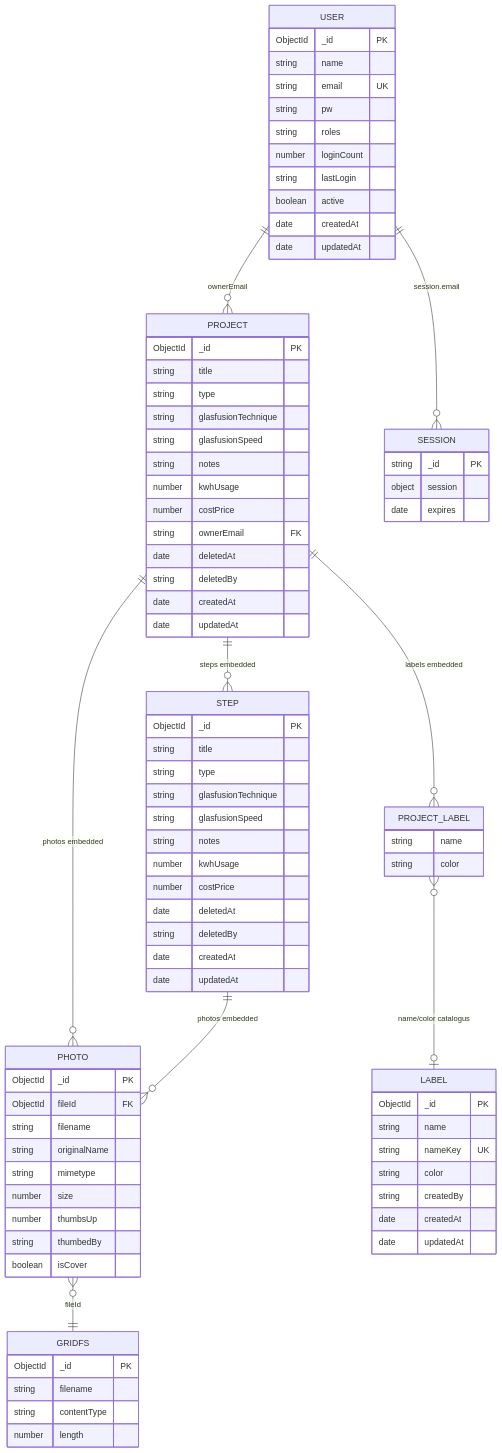
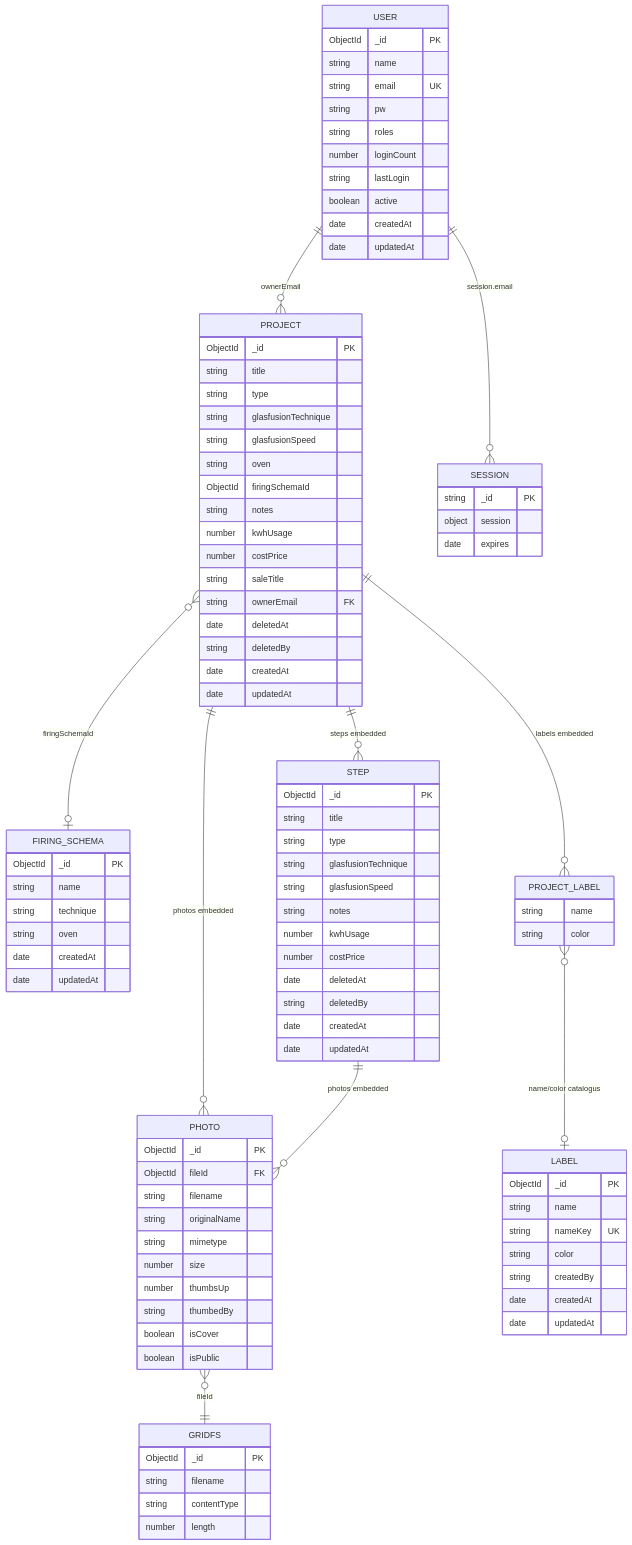
One commit to johnverberne/projects-captainjohn changed the diagram in docs/DATABASE.md. Above: the diagram before and after it, drawn with Mermaid. The commit also changed other lines of this file and 27 other files, not shown here.

Commit message:
Keep atelier work private and show only hoekje pieces publicly, with sale titles, photo banners, and a custom glasfusion firing chart.

```diff
--- a/docs/DATABASE.md
+++ b/docs/DATABASE.md
@@ -31,12 +31,24 @@
     string type
     string glasfusionTechnique
     string glasfusionSpeed
+    string oven
+    ObjectId firingSchemaId
     string notes
     number kwhUsage
     number costPrice
+    string saleTitle
     string ownerEmail FK
     date deletedAt
     string deletedBy
+    date createdAt
+    date updatedAt
+  }
+
+  FIRING_SCHEMA {
+    ObjectId _id PK
+    string name
+    string technique
+    string oven
     date createdAt
     date updatedAt
   }
@@ -71,6 +83,7 @@
     number thumbsUp
     string thumbedBy
     boolean isCover
+    boolean isPublic
   }
 
   LABEL {
@@ -100,6 +113,7 @@
   PROJECT ||--o{ PROJECT_LABEL : "labels embedded"
   PROJECT ||--o{ STEP : "steps embedded"
   PROJECT ||--o{ PHOTO : "photos embedded"
+  PROJECT }o--o| FIRING_SCHEMA : "firingSchemaId"
   STEP ||--o{ PHOTO : "photos embedded"
   PROJECT_LABEL }o--o| LABEL : "name/color catalogus"
   PHOTO }o--|| GRIDFS : "fileId"
```
